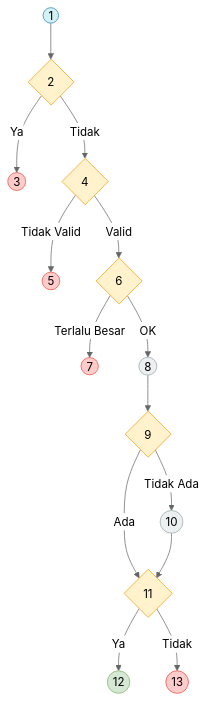
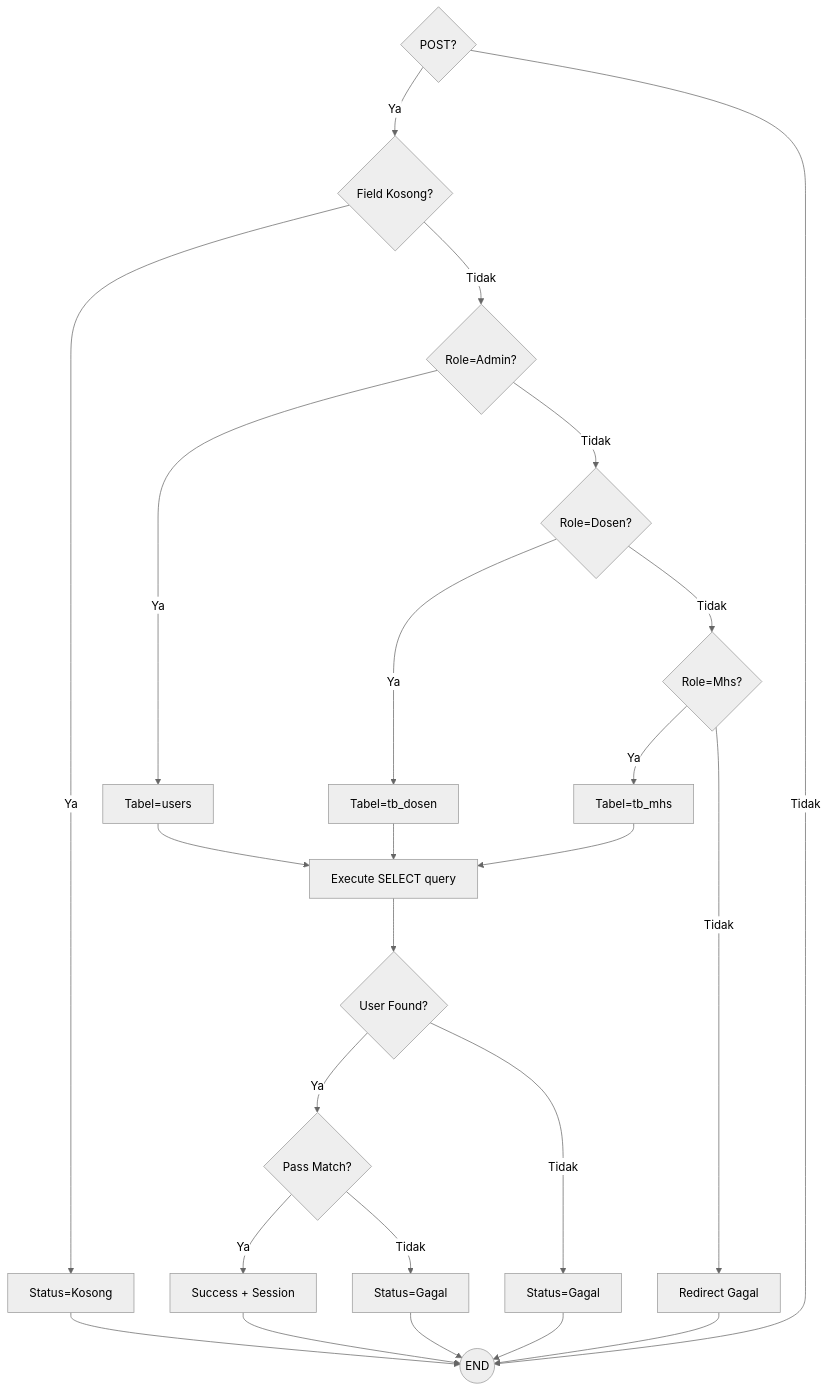
The first of 2 diagrams in docs/07_PENGUJIAN_WHITE_BOX.md (arbain-dev/Web_fikom), drawn with Mermaid (neutral theme) before and after one commit. The commit also changed other lines of this file and 1 other file, not shown here.

````diff
--- a/docs/07_PENGUJIAN_WHITE_BOX.md
+++ b/docs/07_PENGUJIAN_WHITE_BOX.md
@@ -314,22 +43,20 @@
 ```mermaid
-graph TD
-    N1((1)):::start --> N2{2}:::decision
-    N2 -- "Ya" --> N3((3)):::error
-    N2 -- "Tidak" --> N4{4}:::decision
-    N4 -- "Tidak Valid" --> N5((5)):::error
-    N4 -- "Valid" --> N6{6}:::decision
-    N6 -- "Terlalu Besar" --> N7((7)):::error
-    N6 -- "OK" --> N8((8)):::process
-    N8 --> N9{9}:::decision
-    N9 -- "Tidak Ada" --> N10((10)):::process
-    N9 -- "Ada" --> N11{11}:::decision
-    N10 --> N11
-    N11 -- "Ya" --> N12((12)):::endnode
-    N11 -- "Tidak" --> N13((13)):::error
-
-    classDef start fill:#d4f1f4,stroke:#2980b9
-    classDef decision fill:#fff2cc,stroke:#f39c12
-    classDef error fill:#ffcccb,stroke:#e74c3c
-    classDef process fill:#ecf0f1,stroke:#95a5a6
-    classDef endnode fill:#d5e8d4,stroke:#82b366
+flowchart TD
+    N1{POST?} -->|Ya| N2{Field Kosong?}
+    N1 -->|Tidak| N17((END))
+    N2 -- Ya --> N3[Status=Kosong]
+    N2 -- Tidak --> N4{Role=Admin?}
+    N4 -- Ya --> N5[Tabel=users]
+    N4 -- Tidak --> N6{Role=Dosen?}
+    N6 -- Ya --> N7[Tabel=tb_dosen]
+    N6 -- Tidak --> N8{Role=Mhs?}
+    N8 -- Ya --> N9[Tabel=tb_mhs]
+    N8 -- Tidak --> N10[Redirect Gagal]
+    N5 & N7 & N9 --> N11[Execute SELECT query]
+    N11 --> N12{User Found?}
+    N12 -- Ya --> N13{Pass Match?}
+    N12 -- Tidak --> N16[Status=Gagal]
+    N13 -- Ya --> N14[Success + Session]
+    N13 -- Tidak --> N15[Status=Gagal]
+    N3 & N10 & N16 & N15 & N14 --> N17
 ```
````
